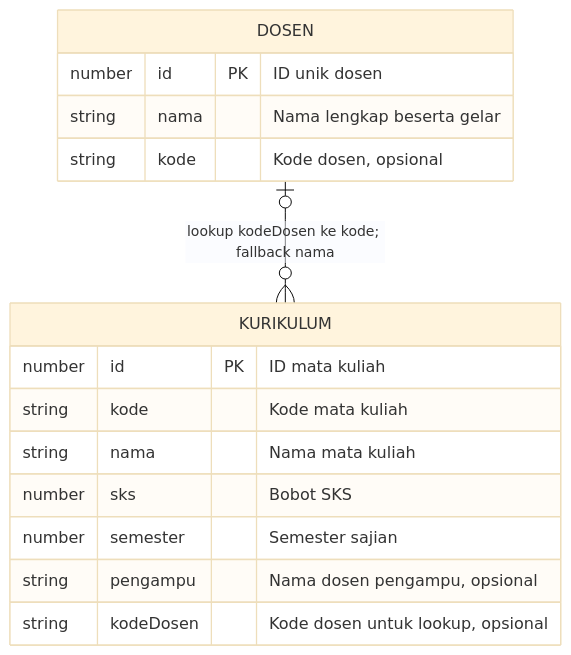
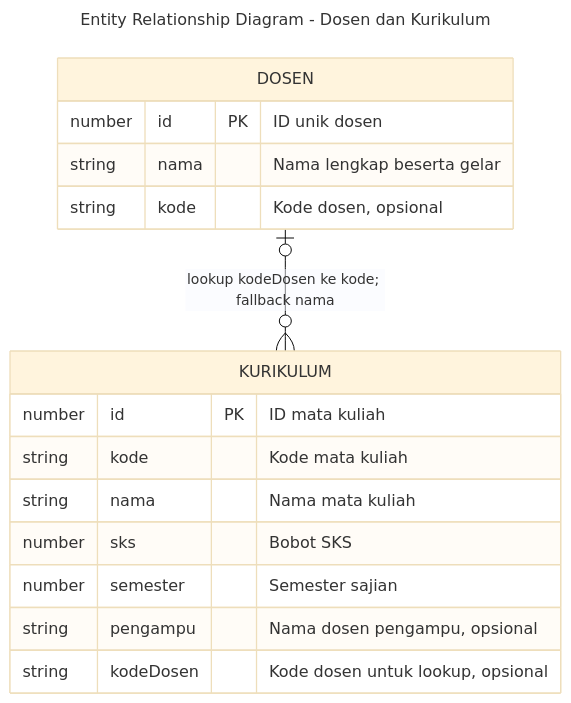
The diagram in assets/docs/erDiagram-.mmd (ipo-rk/Perancangan-Dan-Pengembangan-website-profil-UMP-), drawn with Mermaid (base theme) before and after one commit. The commit also changed 67 other files, not shown here.

Commit message:
UPgrade Diagram Admin

```diff
--- a/assets/docs/erDiagram-.mmd
+++ b/assets/docs/erDiagram-.mmd
@@ -1,16 +1,19 @@
+---
+title: Entity Relationship Diagram - Dosen dan Kurikulum
+---
 erDiagram
     DOSEN o|--o{ KURIKULUM : "lookup kodeDosen ke kode; fallback nama"
     DOSEN {
         number id PK "ID unik dosen"
         string nama "Nama lengkap beserta gelar"
         string kode "Kode dosen, opsional"
     }
     KURIKULUM {
         number id PK "ID mata kuliah"
         string kode "Kode mata kuliah"
         string nama "Nama mata kuliah"
         number sks "Bobot SKS"
         number semester "Semester sajian"
         string pengampu "Nama dosen pengampu, opsional"
         string kodeDosen "Kode dosen untuk lookup, opsional"
     }
```
